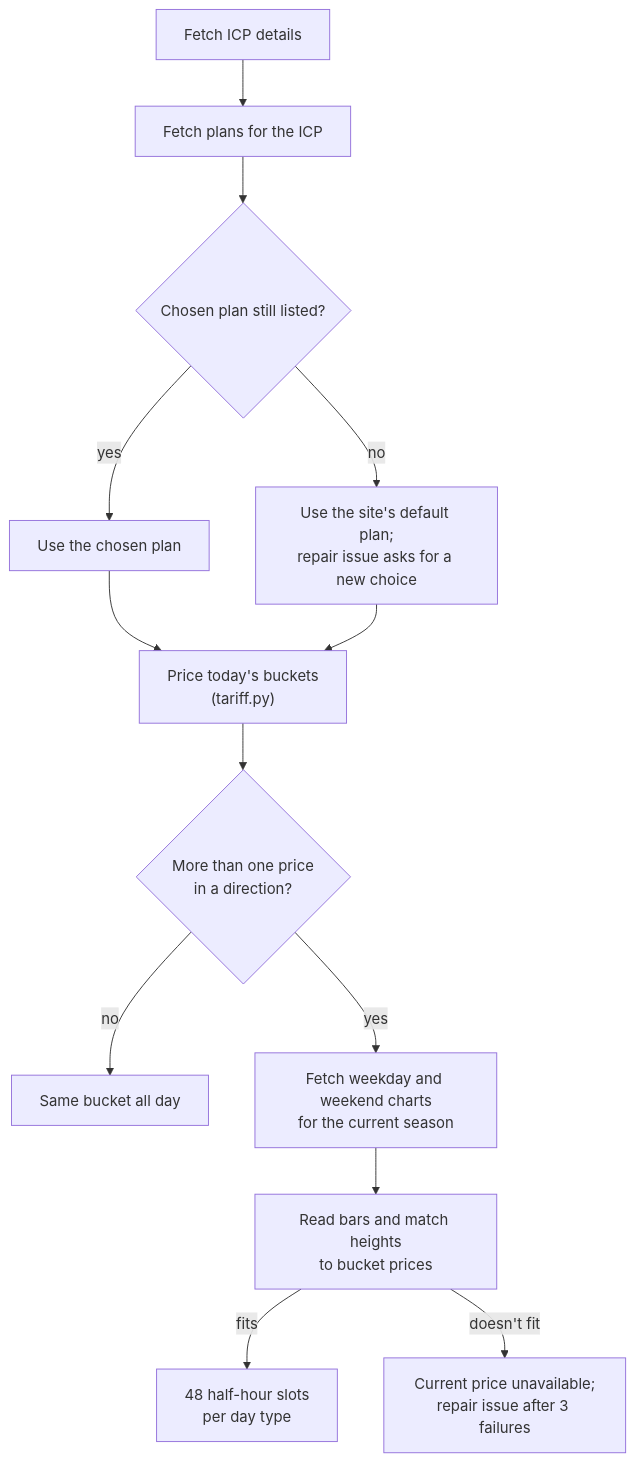
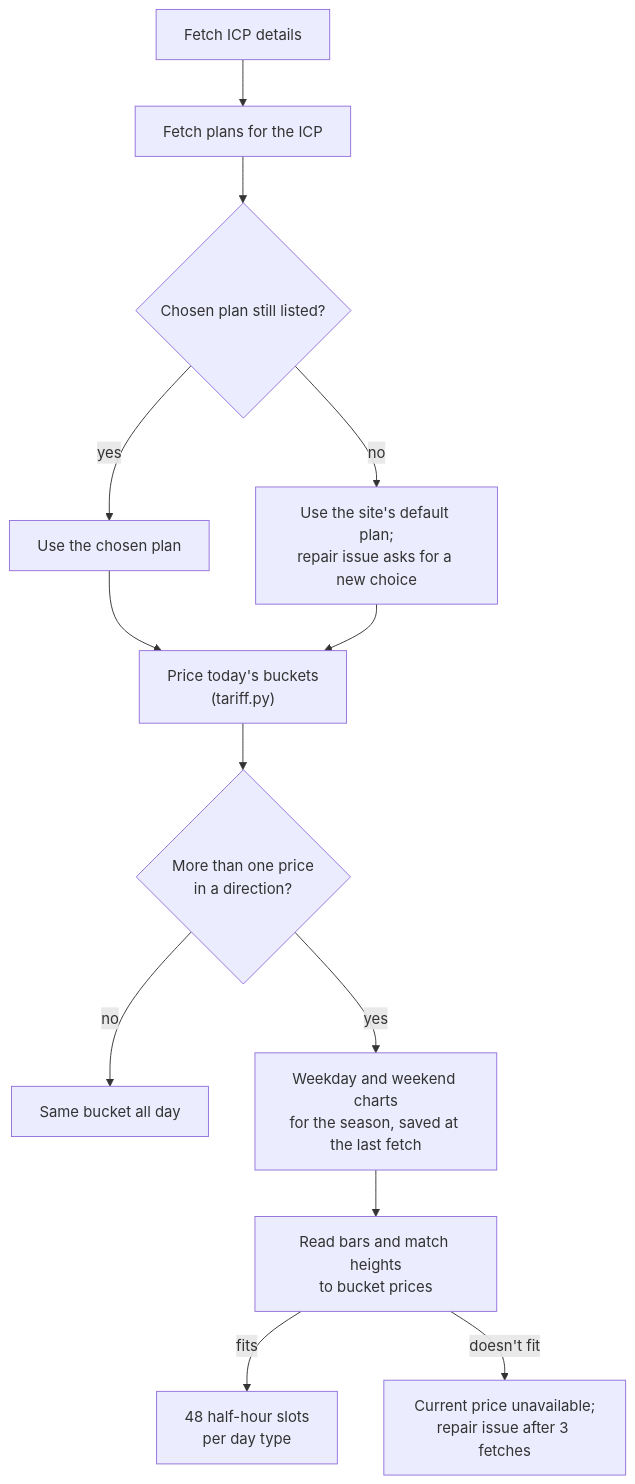
Before and after one commit to rhyskoedijk/ha-ecotricity-nz: the second of 4 diagrams in docs/architecture.md, drawn with Mermaid. The commit also changed other lines of this file and 21 other files, not shown here.

````diff
--- a/docs/architecture.md
+++ b/docs/architecture.md
@@ -81,14 +84,14 @@
 ```mermaid
 flowchart TD
     A["Fetch ICP details"] --> B["Fetch plans for the ICP"]
     B --> F{"Chosen plan still listed?"}
     F -- yes --> Q["Use the chosen plan"]
     F -- no --> S["Use the site's default plan;<br/>repair issue asks for a new choice"]
     Q & S --> G["Price today's buckets<br/>(tariff.py)"]
     G --> H{"More than one price<br/>in a direction?"}
     H -- no --> I["Same bucket all day"]
-    H -- yes --> J["Fetch weekday and weekend charts<br/>for the current season"]
+    H -- yes --> J["Weekday and weekend charts<br/>for the season, saved at the last fetch"]
     J --> K["Read bars and match heights<br/>to bucket prices"]
     K -- fits --> L["48 half-hour slots<br/>per day type"]
-    K -- "doesn't fit" --> M["Current price unavailable;<br/>repair issue after 3 failures"]
+    K -- "doesn't fit" --> M["Current price unavailable;<br/>repair issue after 3 fetches"]
 ```
````
